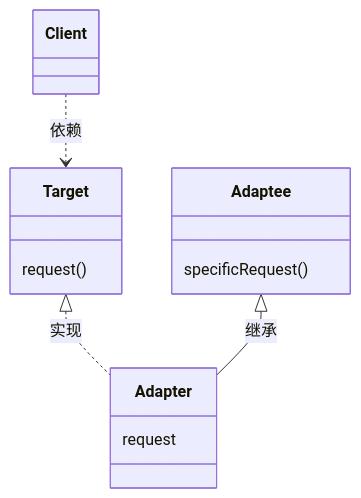
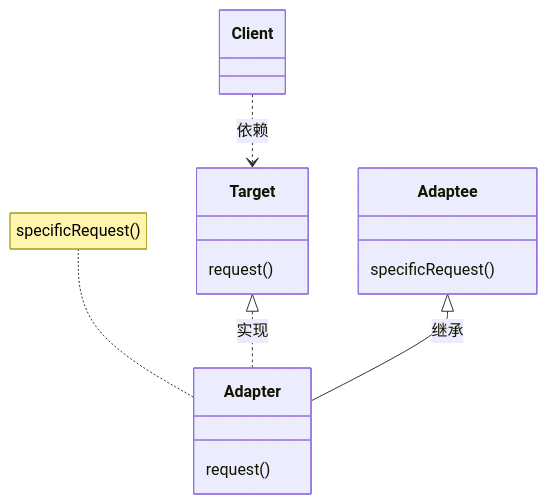
Before and after one commit to David-5-5/tutorial: the first of 8 diagrams in docs/designpattern/structure.md, drawn with Mermaid. The commit also changed other lines of this file, not shown here.

````diff
--- a/docs/designpattern/structure.md
+++ b/docs/designpattern/structure.md
@@ -28,21 +28,23 @@
 ```mermaid
 classDiagram
 
 class Target {
     request()
 }
 
 class Adaptee {
     specificRequest()
 }
 
 class Adapter {
-    request
+    request()
 }
+
+note for Adapter "specificRequest()"
 
 Client ..> Target : 依赖
 
 Target <|.. Adapter : 实现
 Adaptee <|-- Adapter : 继承
 
 ```
````
